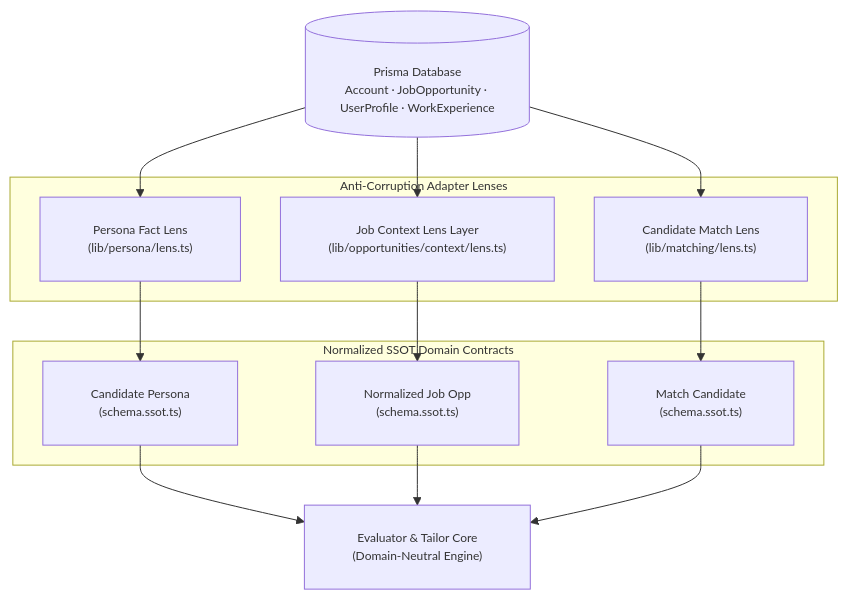
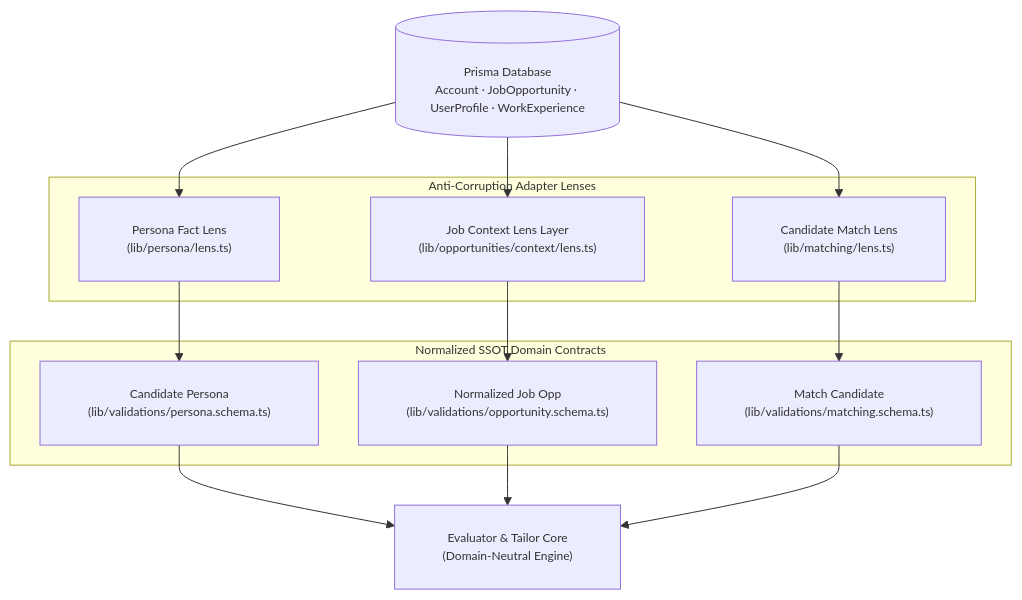
One commit to Marqlo-C/mailpilot changed the fifth of 18 diagrams in README.md. Above: the diagram before and after it, drawn with Mermaid. The commit also changed other lines of this file and 418 other files, not shown here.

````diff
--- a/README.md
+++ b/README.md
@@ -251,25 +367,25 @@
 ```mermaid
 %%{init: {"themeVariables": {"fontSize": "12px", "fontFamily": "-apple-system, BlinkMacSystemFont, Segoe UI, sans-serif"}, "themeCSS": ".edgeLabel foreignObject { overflow: visible !important; } .edgeLabel span { padding: 0 4px; }", "flowchart": {"padding": 24, "nodeSpacing": 40, "rankSpacing": 40}}}%%
 flowchart TD
   DB[("Prisma Database<br/>Account · JobOpportunity · UserProfile · WorkExperience")]
 
   subgraph Lenses["Anti-Corruption Adapter Lenses"]
     PFL["Persona Fact Lens<br/>(lib/persona/lens.ts)"]
     JCL["Job Context Lens Layer<br/>(lib/opportunities/context/lens.ts)"]
     CML["Candidate Match Lens<br/>(lib/matching/lens.ts)"]
   end
 
   subgraph SSOT["Normalized SSOT Domain Contracts"]
-    CP["Candidate Persona<br/>(schema.ssot.ts)"]
-    NJO["Normalized Job Opp<br/>(schema.ssot.ts)"]
-    MC["Match Candidate<br/>(schema.ssot.ts)"]
+    CP["Candidate Persona<br/>(lib/validations/persona.schema.ts)"]
+    NJO["Normalized Job Opp<br/>(lib/validations/opportunity.schema.ts)"]
+    MC["Match Candidate<br/>(lib/validations/matching.schema.ts)"]
   end
 
   CORE["Evaluator & Tailor Core<br/>(Domain-Neutral Engine)"]
 
   DB --> PFL & JCL & CML
   PFL --> CP
   JCL --> NJO
   CML --> MC
   CP & NJO & MC --> CORE
 ```
````
